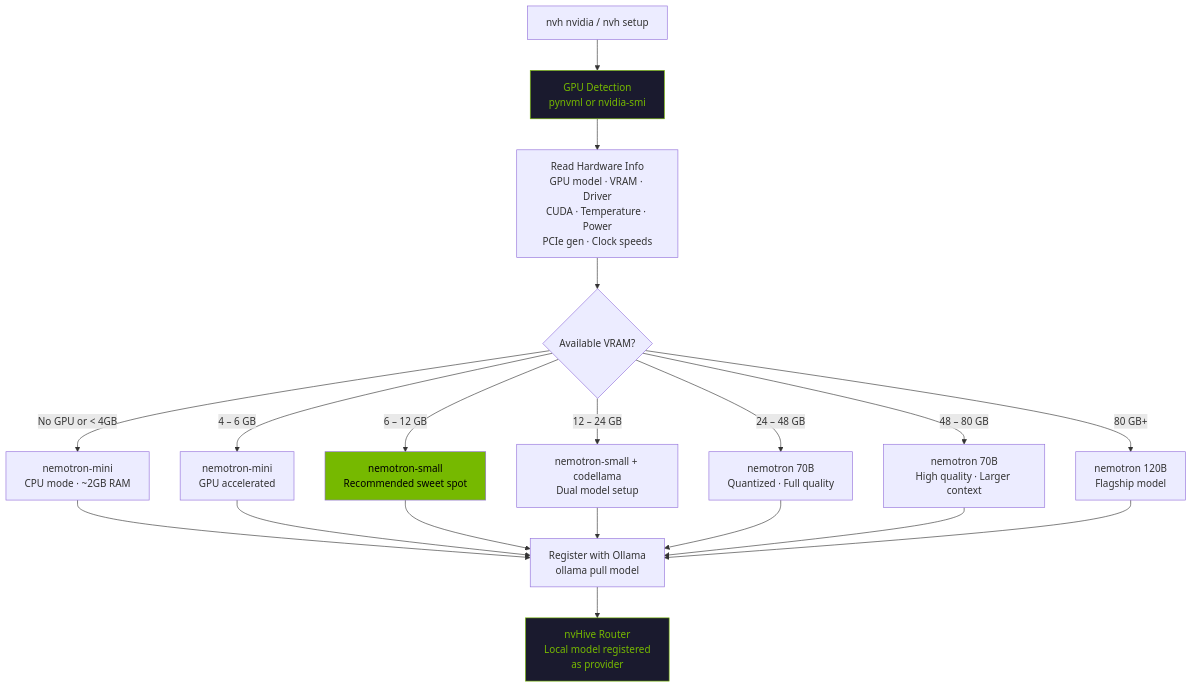
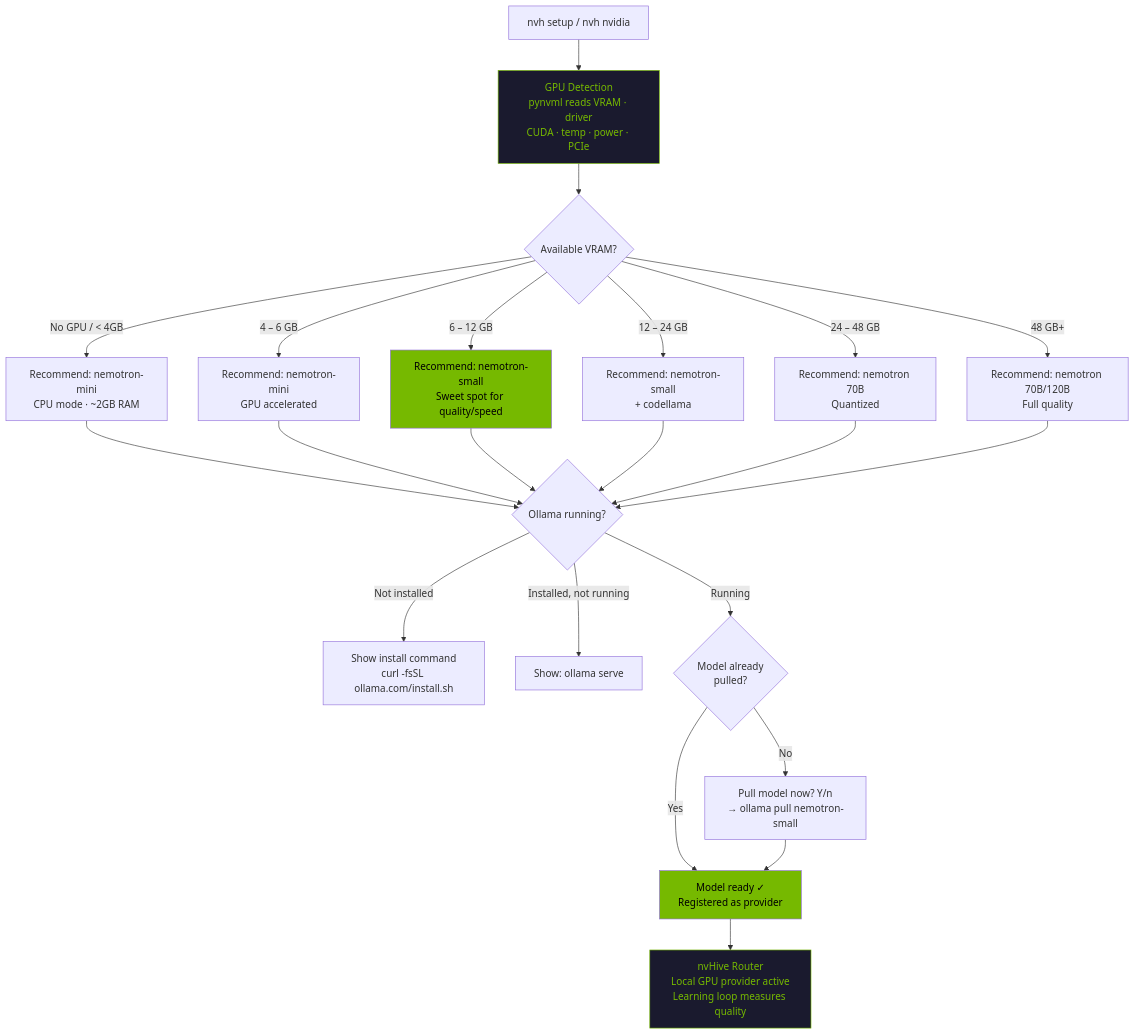
One commit to thatcooperguy/nvHive changed the diagram in docs/GPU_DETECTION.md. Above: the diagram before and after it, drawn with Mermaid. The commit also changed other lines of this file and 1 other file, not shown here.

Commit message:
Update GPU detection diagram, docs, and GIF for nvh setup flow
Diagram now shows the full setup wizard flow:
  GPU detection → VRAM check → model recommendation → Ollama check
  → installed? → running? → model pulled? → offer to pull → ready

GIF updated to show nvh setup experience:
  1. nvh setup → detects RTX 4090, recommends nemotron-small
  2. "Pull now? [Y/n] y" → downloads 5.1GB
  3. nvh nvidia → shows GPU + model ready
  4. nvh bench → 136 tok/s, 5 stars
  5. nvh safe → local query, $0, 89ms

Docs updated with "Automatic Setup via nvh setup" section explaining
that one wizard handles everything from detection to pull.

````diff
--- a/docs/GPU_DETECTION.md
+++ b/docs/GPU_DETECTION.md
@@ -11,30 +11,37 @@
 ```mermaid
 flowchart TB
-    START[nvh nvidia / nvh setup] --> DETECT[GPU Detection<br/>pynvml or nvidia-smi]
+    START[nvh setup / nvh nvidia] --> DETECT[GPU Detection<br/>pynvml reads VRAM · driver<br/>CUDA · temp · power · PCIe]
     
-    DETECT --> INFO[Read Hardware Info<br/>GPU model · VRAM · Driver<br/>CUDA · Temperature · Power<br/>PCIe gen · Clock speeds]
+    DETECT --> VRAM{Available VRAM?}
     
-    INFO --> VRAM{Available VRAM?}
+    VRAM -->|No GPU / < 4GB| REC_MINI[Recommend: nemotron-mini<br/>CPU mode · ~2GB RAM]
+    VRAM -->|4 – 6 GB| REC_MINI_GPU[Recommend: nemotron-mini<br/>GPU accelerated]
+    VRAM -->|6 – 12 GB| REC_SMALL[Recommend: nemotron-small<br/>Sweet spot for quality/speed]
+    VRAM -->|12 – 24 GB| REC_DUAL[Recommend: nemotron-small<br/>+ codellama]
+    VRAM -->|24 – 48 GB| REC_FULL[Recommend: nemotron 70B<br/>Quantized]
+    VRAM -->|48 GB+| REC_FLAG[Recommend: nemotron 70B/120B<br/>Full quality]
+
+    REC_MINI --> OLLAMA_CHECK
+    REC_MINI_GPU --> OLLAMA_CHECK
+    REC_SMALL --> OLLAMA_CHECK
+    REC_DUAL --> OLLAMA_CHECK
+    REC_FULL --> OLLAMA_CHECK
+    REC_FLAG --> OLLAMA_CHECK
     
-    VRAM -->|No GPU or < 4GB| MINI[nemotron-mini<br/>CPU mode · ~2GB RAM]
-    VRAM -->|4 – 6 GB| MINI_GPU[nemotron-mini<br/>GPU accelerated]
-    VRAM -->|6 – 12 GB| SMALL[nemotron-small<br/>Recommended sweet spot]
-    VRAM -->|12 – 24 GB| SMALL_PLUS[nemotron-small + codellama<br/>Dual model setup]
-    VRAM -->|24 – 48 GB| FULL[nemotron 70B<br/>Quantized · Full quality]
-    VRAM -->|48 – 80 GB| FULL_HQ[nemotron 70B<br/>High quality · Larger context]
-    VRAM -->|80 GB+| FLAGSHIP[nemotron 120B<br/>Flagship model]
+    OLLAMA_CHECK{Ollama running?}
     
-    MINI --> OLLAMA[Register with Ollama<br/>ollama pull model]
-    MINI_GPU --> OLLAMA
-    SMALL --> OLLAMA
-    SMALL_PLUS --> OLLAMA
-    FULL --> OLLAMA
-    FULL_HQ --> OLLAMA
-    FLAGSHIP --> OLLAMA
+    OLLAMA_CHECK -->|Not installed| INSTALL[Show install command<br/>curl -fsSL ollama.com/install.sh]
+    OLLAMA_CHECK -->|Installed, not running| START_OLL[Show: ollama serve]
+    OLLAMA_CHECK -->|Running| MODEL_CHECK{Model already<br/>pulled?}
     
-    OLLAMA --> ROUTE[nvHive Router<br/>Local model registered<br/>as provider]
+    MODEL_CHECK -->|Yes| READY[Model ready ✓<br/>Registered as provider]
+    MODEL_CHECK -->|No| PULL[Pull model now? Y/n<br/>→ ollama pull nemotron-small]
+    PULL --> READY
     
-    style SMALL fill:#76B900,color:#000
+    READY --> ROUTE[nvHive Router<br/>Local GPU provider active<br/>Learning loop measures quality]
+    
+    style REC_SMALL fill:#76B900,color:#000
     style DETECT fill:#1a1a2e,color:#76B900,stroke:#76B900
+    style READY fill:#76B900,color:#000
     style ROUTE fill:#1a1a2e,color:#76B900,stroke:#76B900
 ```
````
